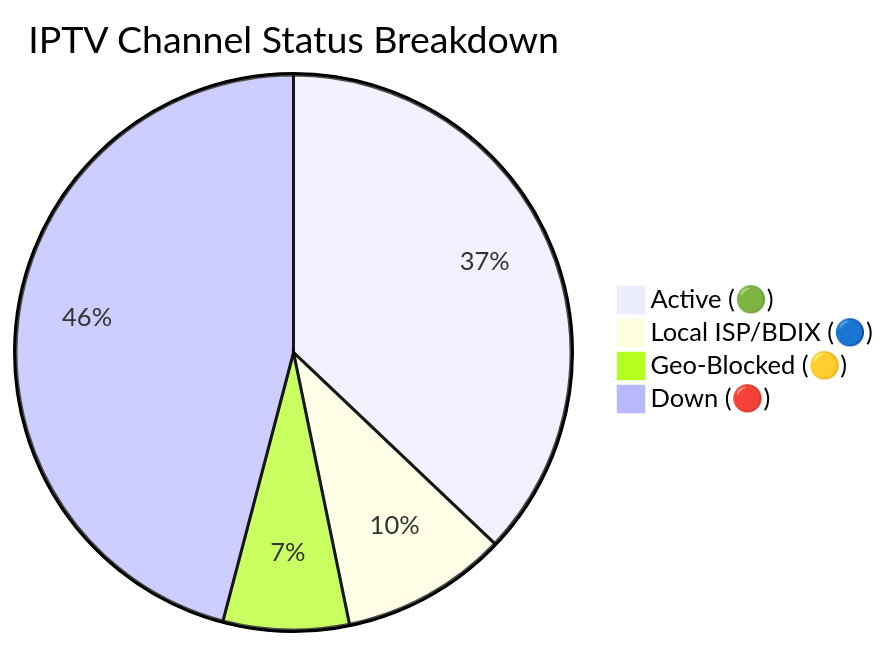
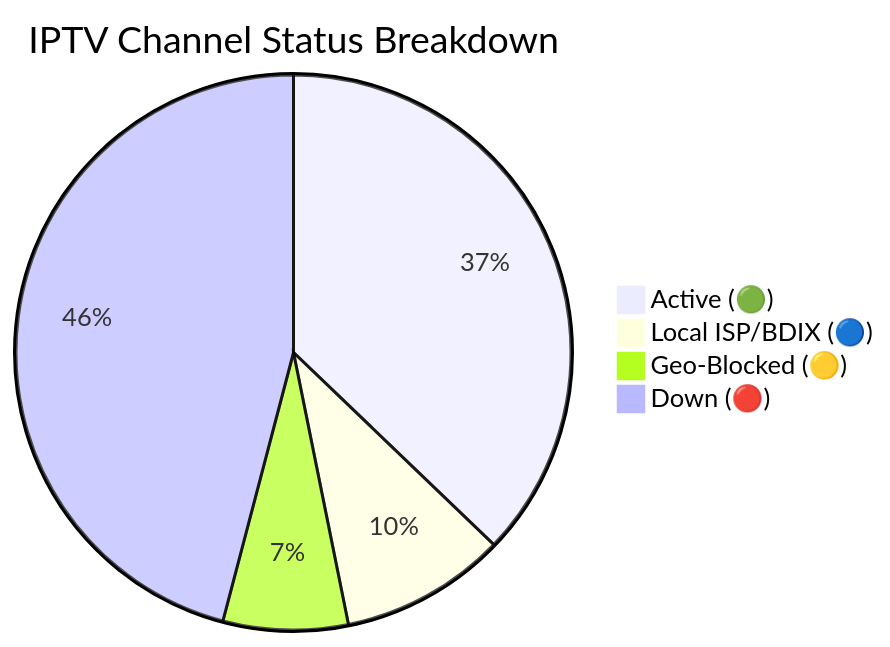
One commit to Zaman-Topu/Ip-tv-Collection changed the diagram in README.md. Above: the diagram before and after it, drawn with Mermaid. The commit also changed other lines of this file and 3 other files, not shown here.

````diff
--- a/README.md
+++ b/README.md
@@ -59,7 +59,7 @@
 ```mermaid
 pie title IPTV Channel Status Breakdown
-    "Active (🟢)" : 2938
+    "Active (🟢)" : 2951
     "Local ISP/BDIX (🔵)" : 767
-    "Geo-Blocked (🟡)" : 580
-    "Down (🔴)" : 3637
+    "Geo-Blocked (🟡)" : 577
+    "Down (🔴)" : 3645
 ```
````
